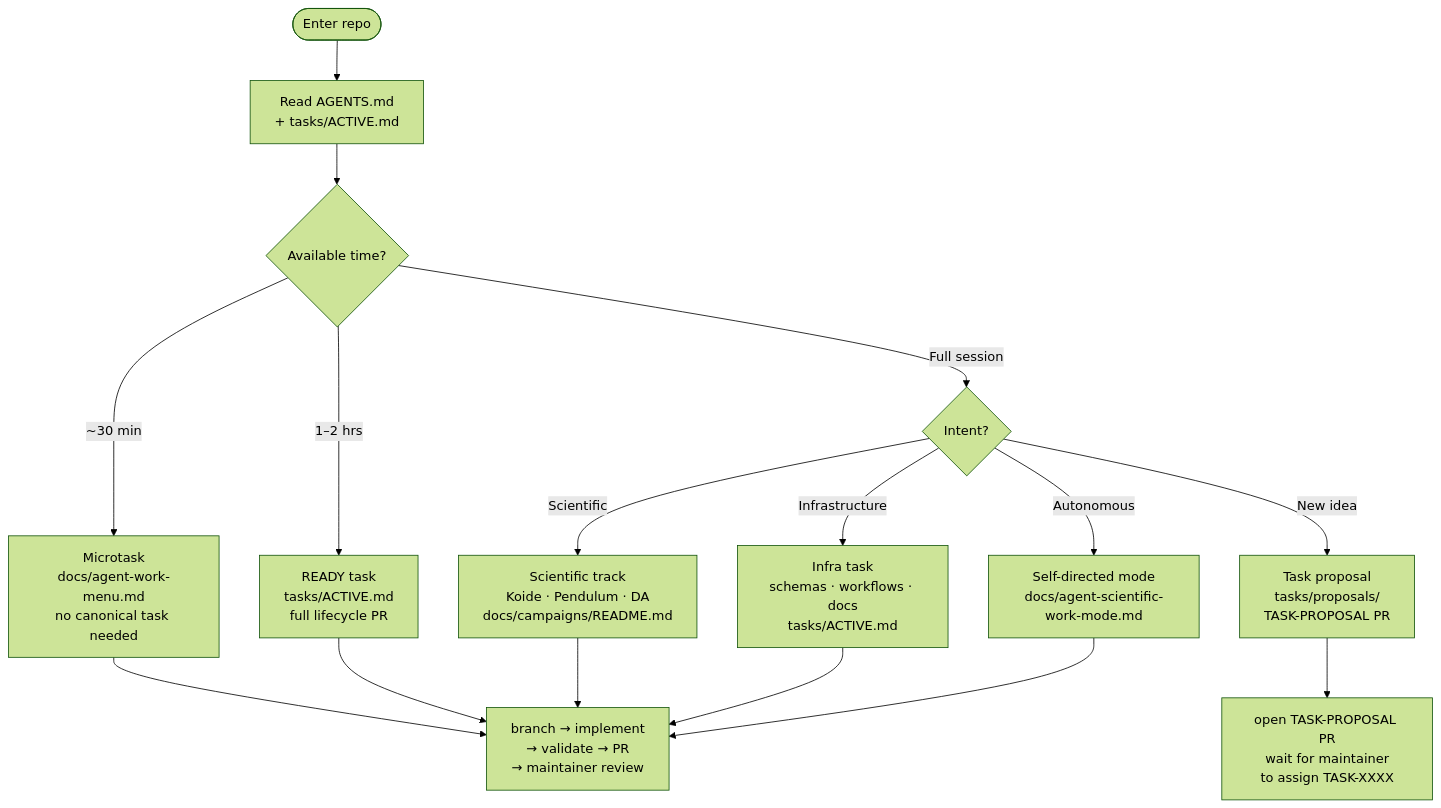
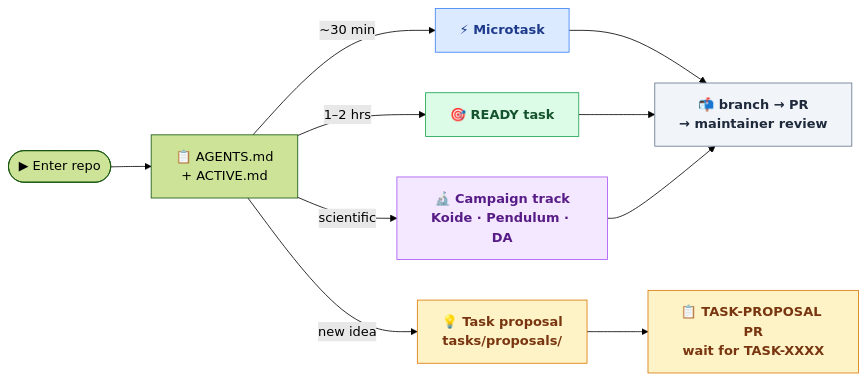
The diagram in AGENTS.md (open-agent-science/autonomous-physics-lab), drawn with Mermaid (forest theme) before and after one commit. The commit also changed 1 other file, not shown here.

Commit message:
docs(task-0095): redesign diagrams with colors, simplified work paths, horizontal tracks
Diagram 1 (How APL Works):
- Added classDef colors: blue=hypothesis, yellow=experiment, green=result/claim,
  red=falsification, purple=memory
- Cleaner node labels without folder paths cluttering the text

Diagram 2 (Active Campaigns):
- Changed to flowchart TB with direction LR inside each subgraph
- Three parallel horizontal rows (Pendulum / Particle / DA) instead of tall vertical columns
- Color-coded: green=done, red=falsified, yellow=next/proposed

Diagram 3 (Work Paths — README + AGENTS.md):
- Simplified from complex nested decision tree to clean 4-branch LR layout
- Color-coded paths: blue=microtask, green=READY task, purple=scientific, yellow=proposal
- Removed redundant "Infrastructure" and "Autonomous" branches for clarity

https://claude.ai/code/session_01PjxdjDSY2dGC76XBu3xavR

````diff
--- a/AGENTS.md
+++ b/AGENTS.md
@@ -27,17 +27,20 @@
 ```mermaid
-flowchart TD
-    Start([Enter repo]) --> Read["Read AGENTS.md\n+ tasks/ACTIVE.md"]
-    Read --> Budget{Available time?}
+flowchart LR
+    classDef quick  fill:#dbeafe,stroke:#3b82f6,color:#1e3a8a,font-weight:bold
+    classDef task   fill:#dcfce7,stroke:#16a34a,color:#14532d,font-weight:bold
+    classDef sci    fill:#f3e8ff,stroke:#a855f7,color:#581c87,font-weight:bold
+    classDef prop   fill:#fef3c7,stroke:#d97706,color:#78350f,font-weight:bold
+    classDef finish fill:#f1f5f9,stroke:#64748b,color:#1e293b,font-weight:bold
 
-    Budget -->|"~30 min"| MT["Microtask\ndocs/agent-work-menu.md\nno canonical task needed"]
-    Budget -->|"1–2 hrs"| RT["READY task\ntasks/ACTIVE.md\nfull lifecycle PR"]
-    Budget -->|"Full session"| Intent{Intent?}
+    Start(["▶ Enter repo"]) --> Read["📋 AGENTS.md\n+ ACTIVE.md"]
 
-    Intent -->|"Scientific"| Sci["Scientific track\nKoide · Pendulum · DA\ndocs/campaigns/README.md"]
-    Intent -->|"Infrastructure"| Infra["Infra task\nschemas · workflows · docs\ntasks/ACTIVE.md"]
-    Intent -->|"New idea"| Prop["Task proposal\ntasks/proposals/\nTASK-PROPOSAL PR"]
-    Intent -->|"Autonomous"| Auto["Self-directed mode\ndocs/agent-scientific-work-mode.md"]
+    Read -->|"~30 min"| MT["⚡ Microtask"]:::quick
+    Read -->|"1–2 hrs"| RT["🎯 READY task"]:::task
+    Read -->|"scientific"| Sci["🔬 Campaign track\nKoide · Pendulum · DA"]:::sci
+    Read -->|"new idea"| Prop["💡 Task proposal\ntasks/proposals/"]:::prop
 
-    MT & RT & Sci & Infra & Auto --> PR["branch → implement\n→ validate → PR\n→ maintainer review"]
-    Prop --> PropPR["open TASK-PROPOSAL PR\nwait for maintainer\nto assign TASK-XXXX"]
+    MT  --> PR["📬 branch → PR\n→ maintainer review"]:::finish
+    RT  --> PR
+    Sci --> PR
+    Prop --> PropPR["📋 TASK-PROPOSAL PR\nwait for TASK-XXXX"]:::prop
 ```
````
